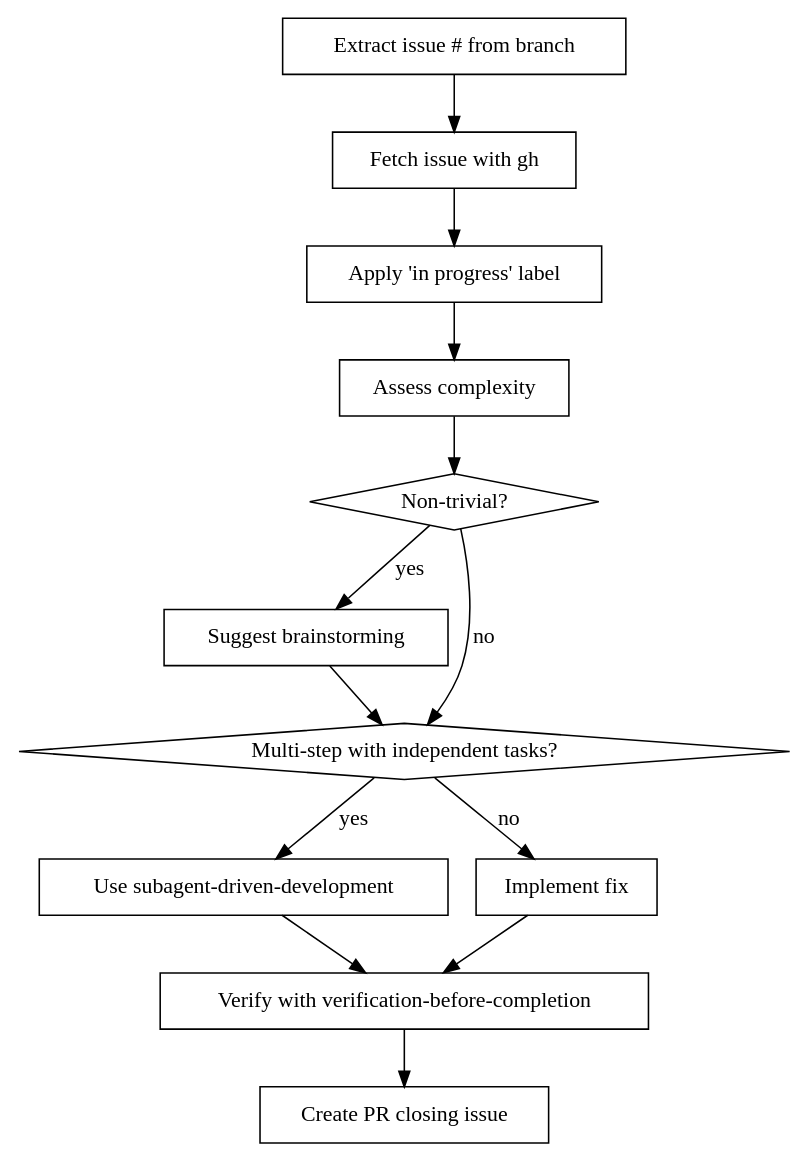
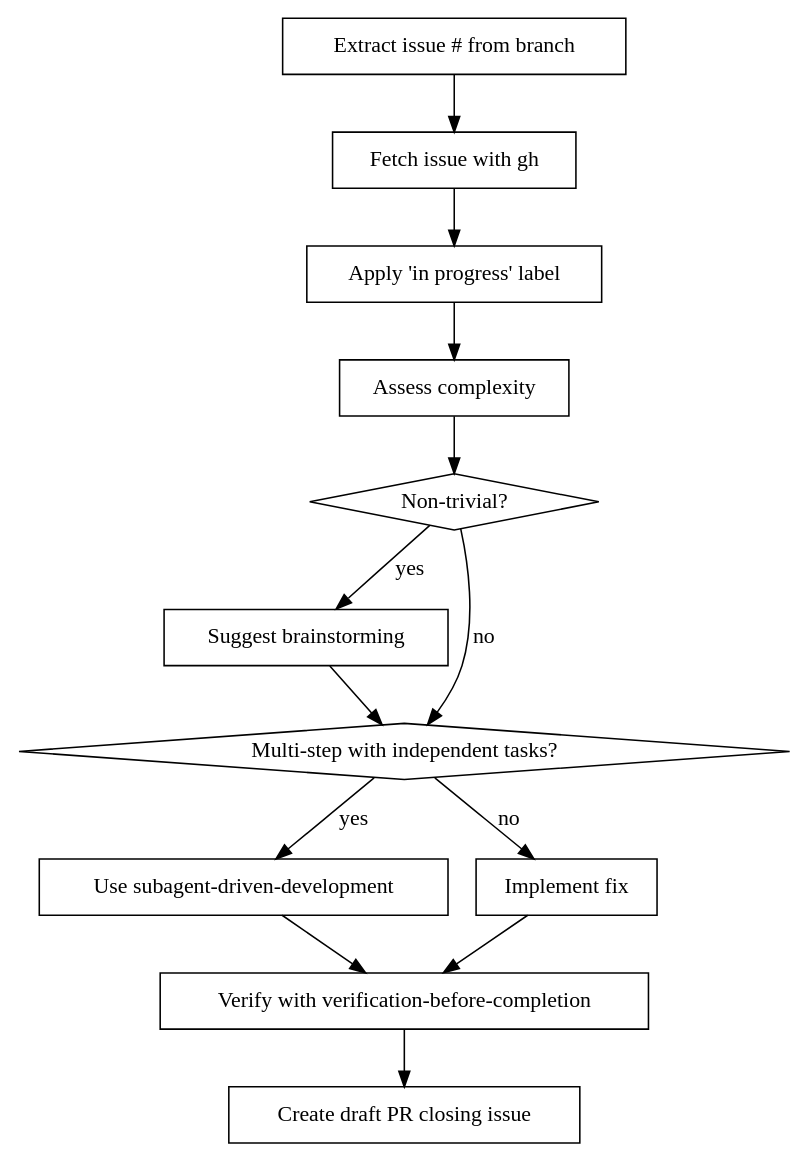
The diagram in commands/fix-gh-issue.md (oalders/kitchen-sink), drawn with Graphviz before and after one commit. The commit also changed other lines of this file, not shown here.

First line of the commit message:
Update fix-gh-issue to create draft PRs

````diff
--- a/commands/fix-gh-issue.md
+++ b/commands/fix-gh-issue.md
@@ -27,28 +27,28 @@
 ```dot
 digraph fix_issue {
     "Extract issue # from branch" [shape=box];
     "Fetch issue with gh" [shape=box];
     "Apply 'in progress' label" [shape=box];
     "Assess complexity" [shape=box];
     "Non-trivial?" [shape=diamond];
     "Suggest brainstorming" [shape=box];
     "Multi-step with independent tasks?" [shape=diamond];
     "Use subagent-driven-development" [shape=box];
     "Implement fix" [shape=box];
     "Verify with verification-before-completion" [shape=box];
-    "Create PR closing issue" [shape=box];
+    "Create draft PR closing issue" [shape=box];
 
     "Extract issue # from branch" -> "Fetch issue with gh";
     "Fetch issue with gh" -> "Apply 'in progress' label";
     "Apply 'in progress' label" -> "Assess complexity";
     "Assess complexity" -> "Non-trivial?";
     "Non-trivial?" -> "Suggest brainstorming" [label="yes"];
     "Non-trivial?" -> "Multi-step with independent tasks?" [label="no"];
     "Suggest brainstorming" -> "Multi-step with independent tasks?";
     "Multi-step with independent tasks?" -> "Use subagent-driven-development" [label="yes"];
     "Multi-step with independent tasks?" -> "Implement fix" [label="no"];
     "Use subagent-driven-development" -> "Verify with verification-before-completion";
     "Implement fix" -> "Verify with verification-before-completion";
-    "Verify with verification-before-completion" -> "Create PR closing issue";
+    "Verify with verification-before-completion" -> "Create draft PR closing issue";
 }
 ```
````
